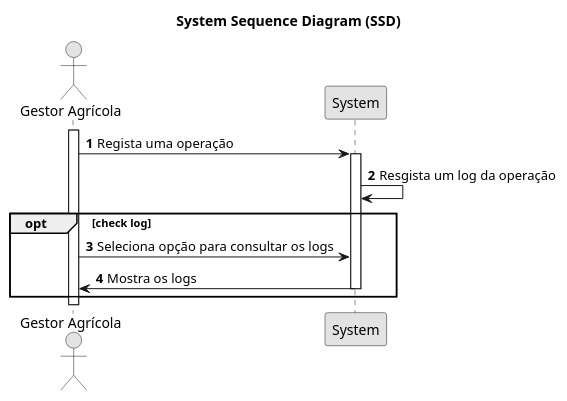
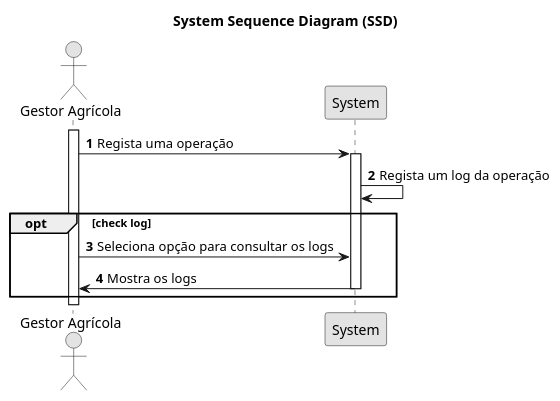
The diagram in artifacts/01.requirements-engineering/BDDAD/USBD24_26/puml/USBD24_26-system-sequence-diagram.puml (Goncalves2525/organic-agriculture-management-system), drawn with PlantUML before and after one commit. The commit also changed 14 other files, not shown here.

```diff
--- a/artifacts/01.requirements-engineering/BDDAD/USBD24_26/puml/USBD24_26-system-sequence-diagram.puml
+++ b/artifacts/01.requirements-engineering/BDDAD/USBD24_26/puml/USBD24_26-system-sequence-diagram.puml
@@ -1,31 +1,31 @@
 @startuml
 skinparam monochrome true
 skinparam packageStyle rectangle
 skinparam shadowing false
 
 title System Sequence Diagram (SSD)
 
 autonumber
 
 actor "Gestor Agrícola" as Gestor
 participant "System" as System
 
 activate Gestor
 
     Gestor -> System : Regista uma operação
     activate System
 
-    System -> System : Resgista um log da operação
+    System -> System : Regista um log da operação
 
 
     opt check log
 
         Gestor -> System : Seleciona opção para consultar os logs
         System -> Gestor : Mostra os logs
         deactivate System
 
     end
 
 
 
 @enduml
```
